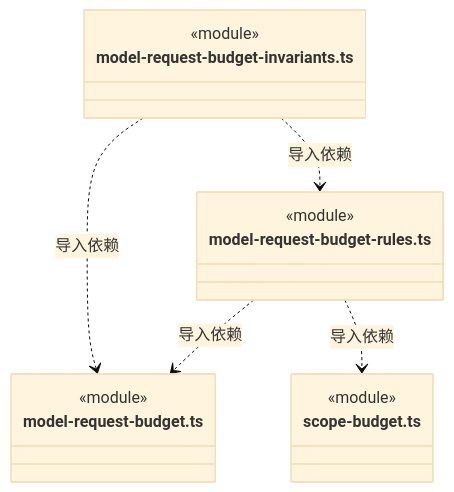
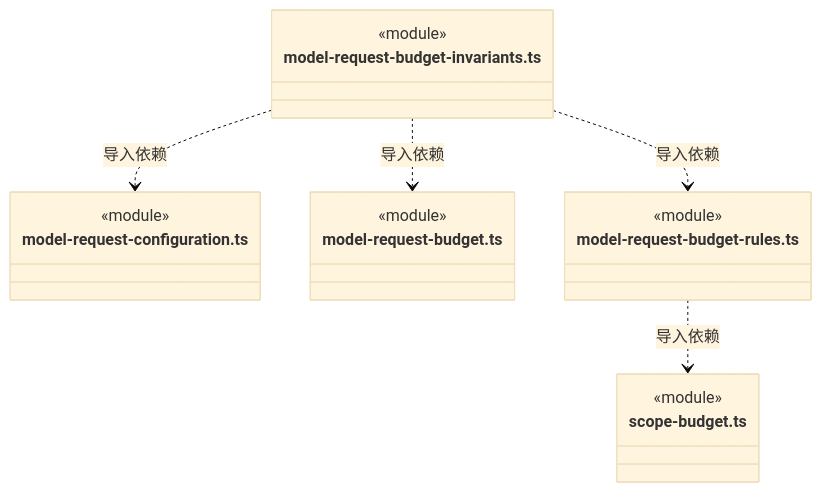
Before and after one commit to nan023062/cbim: diagram 17 of 19 in src/logic/budget/rules/ARCHITECTURE.md, drawn with Mermaid (base theme). The commit also changed other lines of this file and 25 other files, not shown here.

````diff
--- a/src/logic/budget/rules/ARCHITECTURE.md
+++ b/src/logic/budget/rules/ARCHITECTURE.md
@@ -327,19 +375,22 @@
 ```mermaid
 classDiagram
 class N_src_logic_budget_rules_model_request_budget_invariants_ts["model-request-budget-invariants.ts"] {
+  <<module>>
+}
+class N_src_logic_budget_rules_model_request_configuration_ts["model-request-configuration.ts"] {
   <<module>>
 }
 class N_src_logic_budget_rules_model_request_budget_ts["model-request-budget.ts"] {
   <<module>>
 }
 class N_src_logic_budget_rules_model_request_budget_rules_ts["model-request-budget-rules.ts"] {
   <<module>>
 }
 class N_src_logic_budget_rules_scope_budget_ts["scope-budget.ts"] {
   <<module>>
 }
+N_src_logic_budget_rules_model_request_budget_invariants_ts ..> N_src_logic_budget_rules_model_request_configuration_ts : 导入依赖
 N_src_logic_budget_rules_model_request_budget_invariants_ts ..> N_src_logic_budget_rules_model_request_budget_ts : 导入依赖
 N_src_logic_budget_rules_model_request_budget_invariants_ts ..> N_src_logic_budget_rules_model_request_budget_rules_ts : 导入依赖
 N_src_logic_budget_rules_model_request_budget_rules_ts ..> N_src_logic_budget_rules_scope_budget_ts : 导入依赖
-N_src_logic_budget_rules_model_request_budget_rules_ts ..> N_src_logic_budget_rules_model_request_budget_ts : 导入依赖
 ```
````
